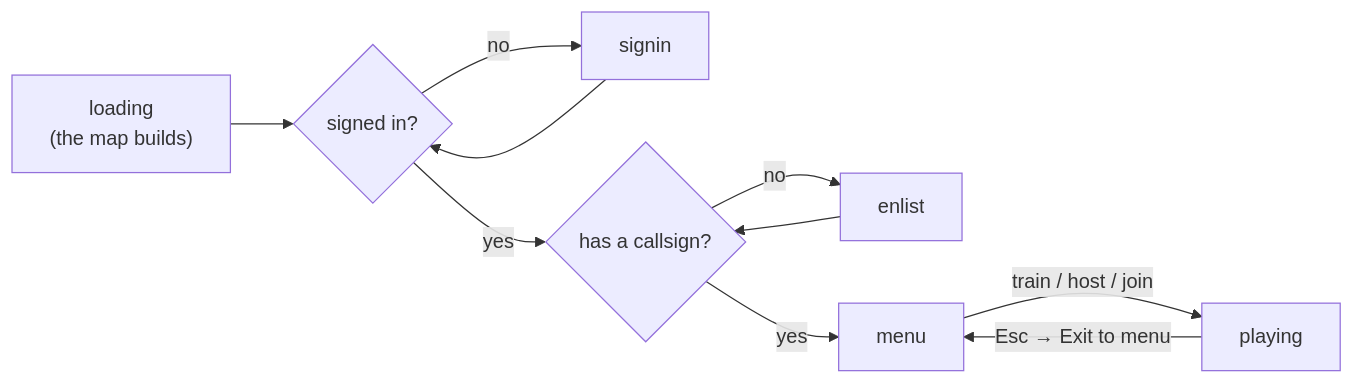
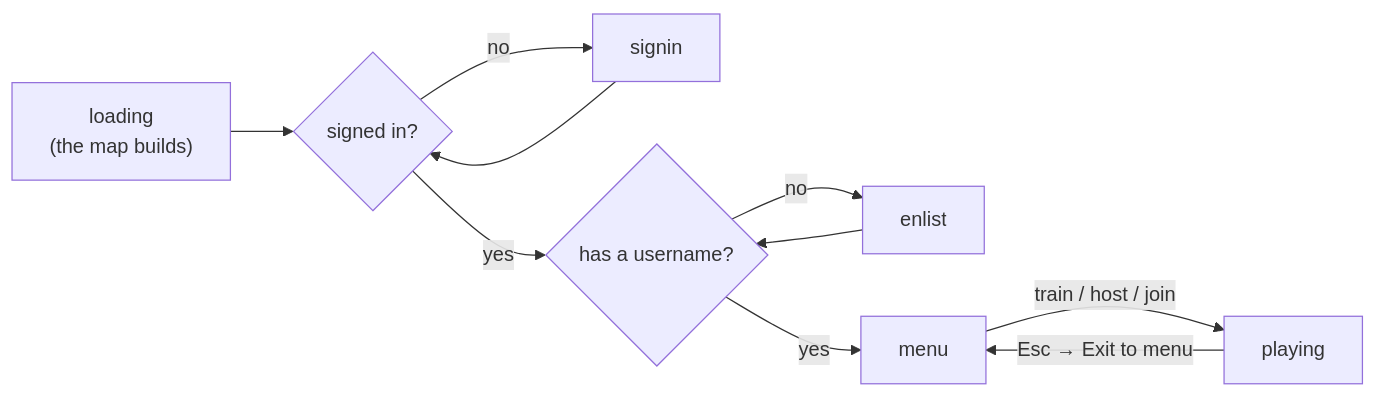
Before and after one commit to ConstCorrectness/horrible-dashboard: the second of 5 diagrams in docs/modules/hassault.mdx, drawn with Mermaid. The commit also changed other lines of this file and 91 other files, not shown here.

````diff
--- a/docs/modules/hassault.mdx
+++ b/docs/modules/hassault.mdx
@@ -589,12 +633,12 @@
 ```mermaid
 flowchart LR
   L["loading<br/>(the map builds)"] --> S{signed in?}
   S -- no --> I[signin]
   I --> S
-  S -- yes --> E{has a callsign?}
+  S -- yes --> E{has a username?}
   E -- no --> N[enlist]
   N --> E
   E -- yes --> M[menu]
   M -- "train / host / join" --> P[playing]
   P -- "Esc → Exit to menu" --> M
 ```
````
